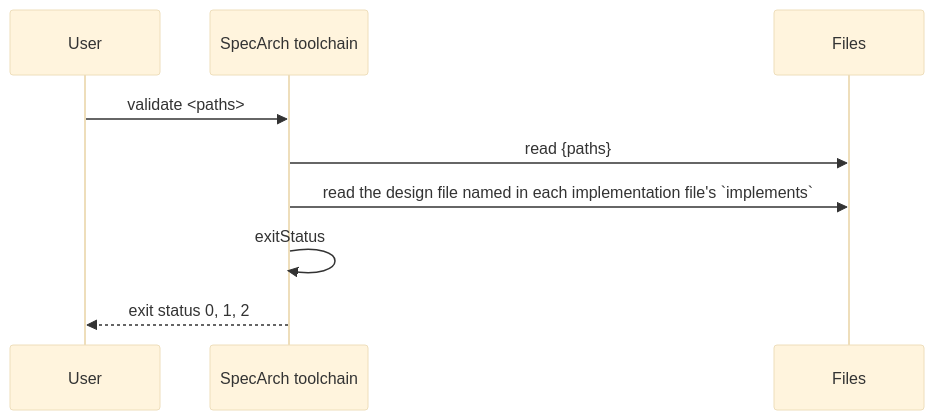
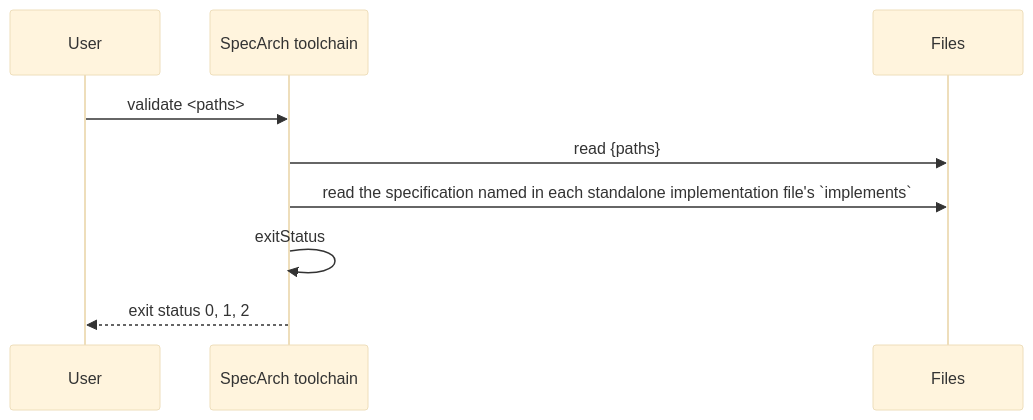
One commit to SpecArch/specarch changed the third of 3 diagrams in spec/specarch.md. Above: the diagram before and after it, drawn with Mermaid (base theme). The commit also changed other lines of this file and 98 other files, not shown here.

````diff
--- a/spec/specarch.md
+++ b/spec/specarch.md
@@ -125,11 +151,11 @@
 ```mermaid
 sequenceDiagram
   participant U as User
   participant P as SpecArch toolchain
   participant F as Files
   U->>P: validate <paths>
   P->>F: read {paths}
-  P->>F: read the design file named in each implementation file's `implements`
+  P->>F: read the specification named in each standalone implementation file's `implements`
   P->>P: exitStatus
   P-->>U: exit status 0, 1, 2
 ```
````
